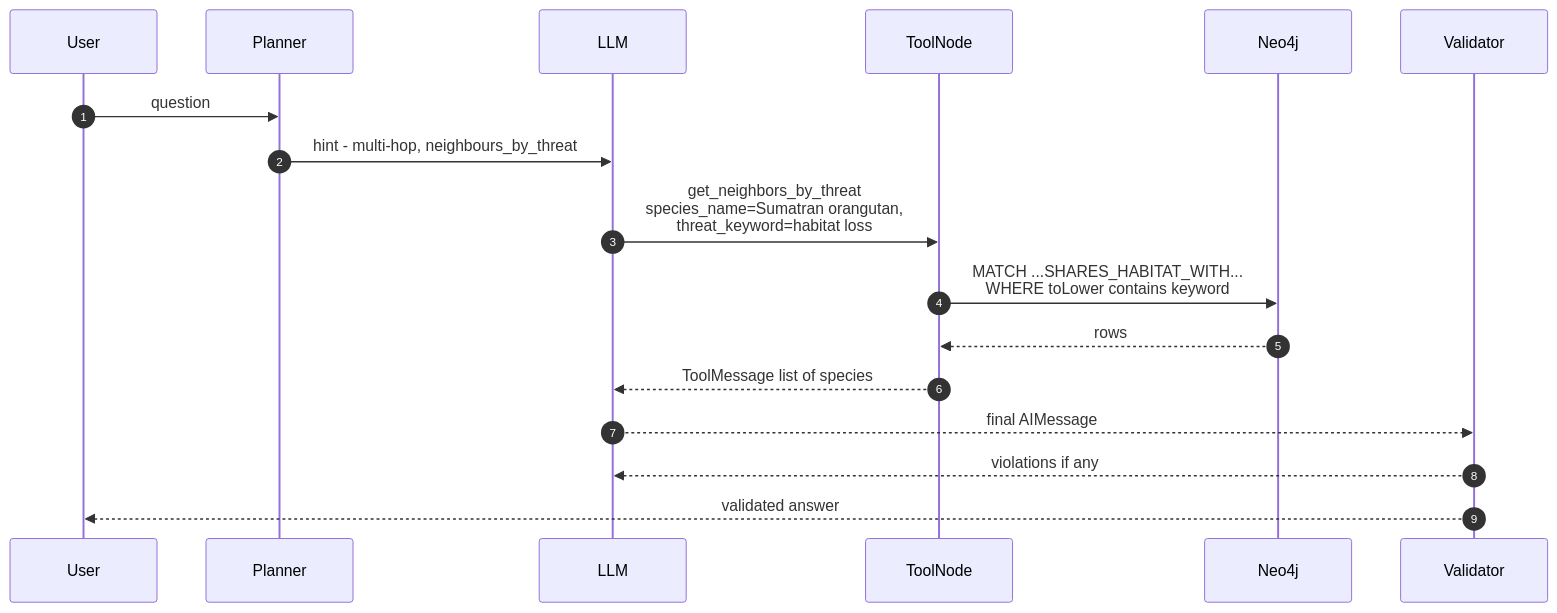
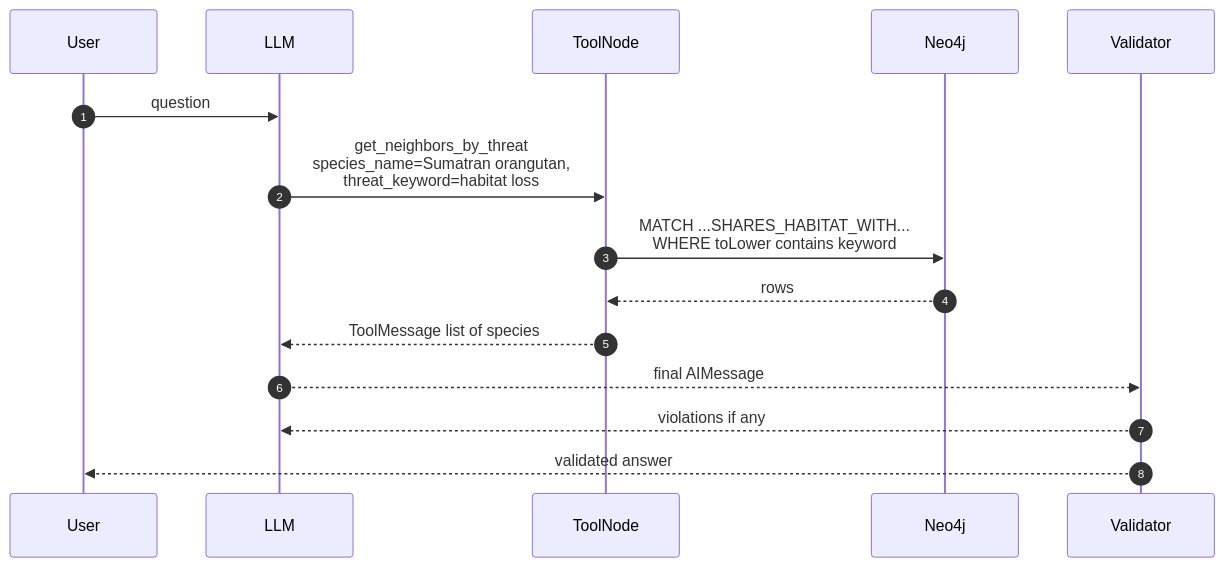
Before and after one commit to moetzi/agentic-graphrag-endangered-species-qa: the fourth of 5 diagrams in docs/architecture.md, drawn with Mermaid. The commit also changed other lines of this file and 11 other files, not shown here.

````diff
--- a/docs/architecture.md
+++ b/docs/architecture.md
@@ -102,20 +98,18 @@
 ```mermaid
 sequenceDiagram
     autonumber
     participant U as User
-    participant P as Planner
     participant L as LLM
     participant T as ToolNode
     participant N as Neo4j
     participant V as Validator
 
-    U->>P: question
-    P->>L: hint - multi-hop, neighbours_by_threat
+    U->>L: question
     L->>T: get_neighbors_by_threat<br/>species_name=Sumatran orangutan,<br/>threat_keyword=habitat loss
     T->>N: MATCH ...SHARES_HABITAT_WITH...<br/>WHERE toLower contains keyword
     N-->>T: rows
     T-->>L: ToolMessage list of species
     L-->>V: final AIMessage
     V-->>L: violations if any
     V-->>U: validated answer
 ```
````
